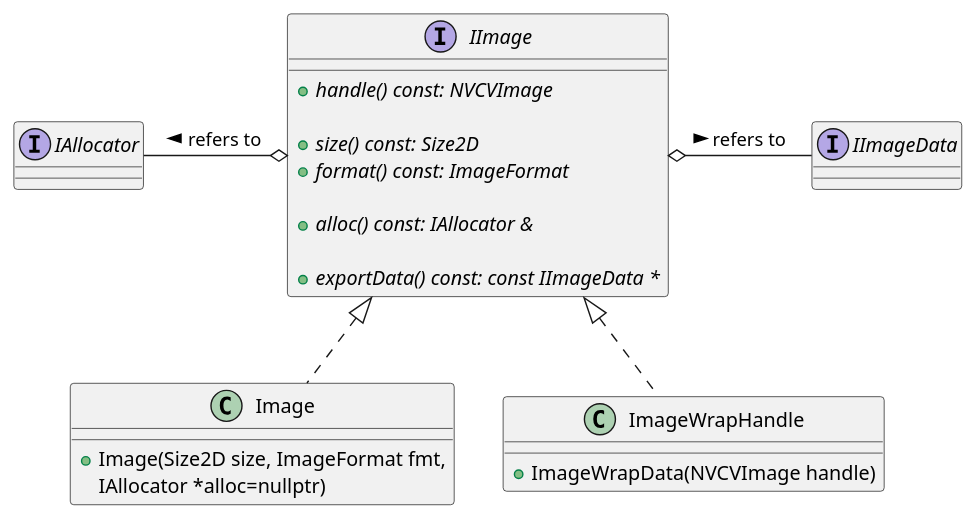
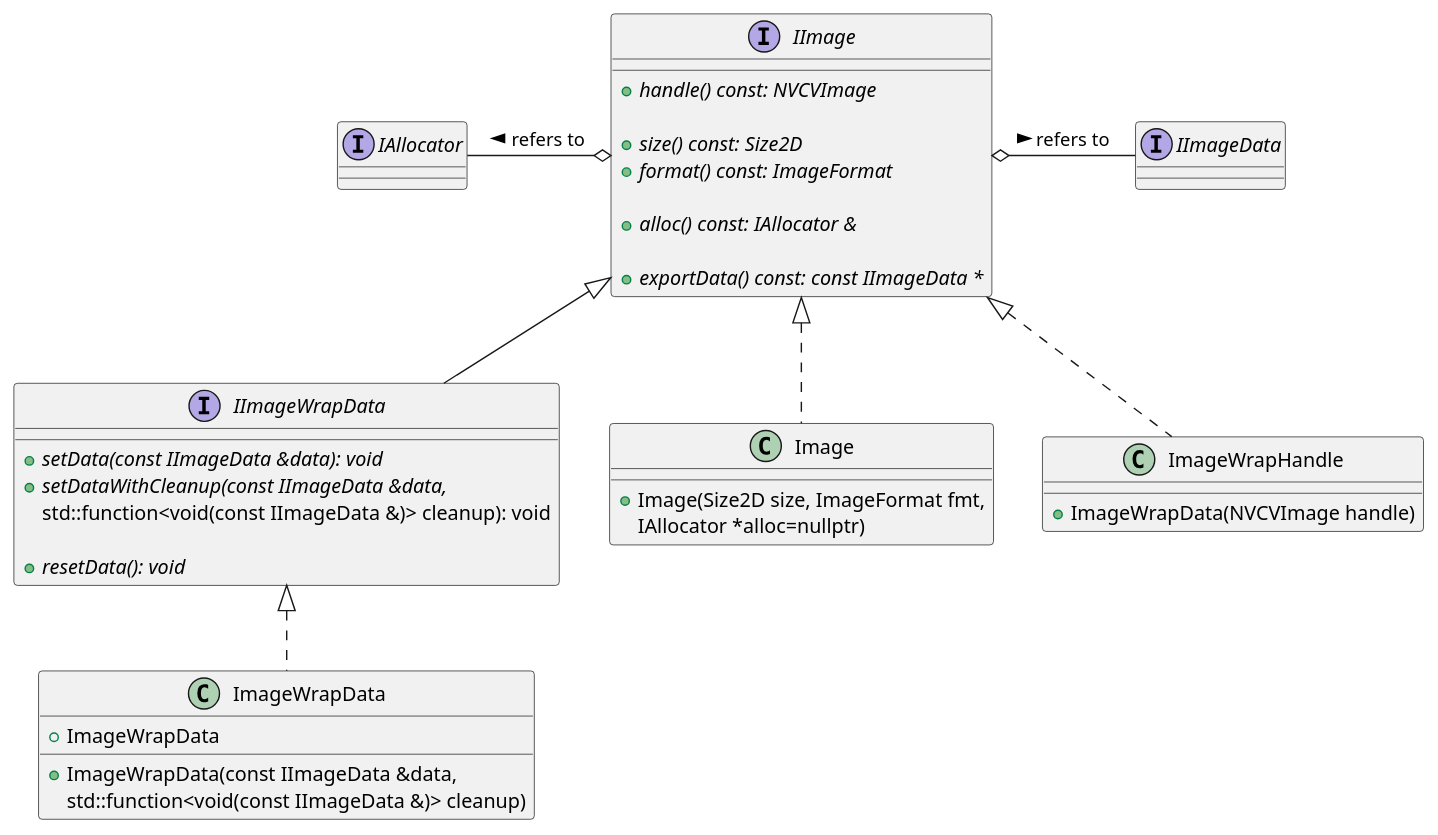
Before and after one commit to JanuszL/CV-CUDA: the diagram in docs/design/image_classes.puml, drawn with PlantUML. The commit also changed 11 other files, not shown here.

First line of the commit message:
feat: add ImageWrapData API

```diff
--- a/docs/design/image_classes.puml
+++ b/docs/design/image_classes.puml
@@ -13,34 +13,50 @@
 @startuml
 
 interface IAllocator
 
 interface IImageData
 
 interface IImage
 {
     + {abstract} handle() const: NVCVImage
 
     + {abstract} size() const: Size2D
     + {abstract} format() const: ImageFormat
 
     + {abstract} alloc() const: IAllocator &
 
     + {abstract} exportData() const: const IImageData *
 }
 
-
 IAllocator -right-o IImage: refers to <
 IImageData -left-o IImage: refers to <
+
+interface IImageWrapData extends IImage
+{
+    + {abstract} setData(const IImageData &data): void
+    + {abstract} setDataWithCleanup(const IImageData &data,
+                                    std::function<void(const IImageData &)> cleanup): void
+
+    + {abstract} resetData(): void
+}
+
 
 class Image implements IImage
 {
     + Image(Size2D size, ImageFormat fmt,
             IAllocator *alloc=nullptr)
 }
 
 class ImageWrapHandle implements IImage
 {
     + ImageWrapData(NVCVImage handle)
 }
 
+class ImageWrapData implements IImageWrapData
+{
+    + ImageWrapData
+    + ImageWrapData(const IImageData &data,
+                    std::function<void(const IImageData &)> cleanup)
+}
+
 @enduml
```
